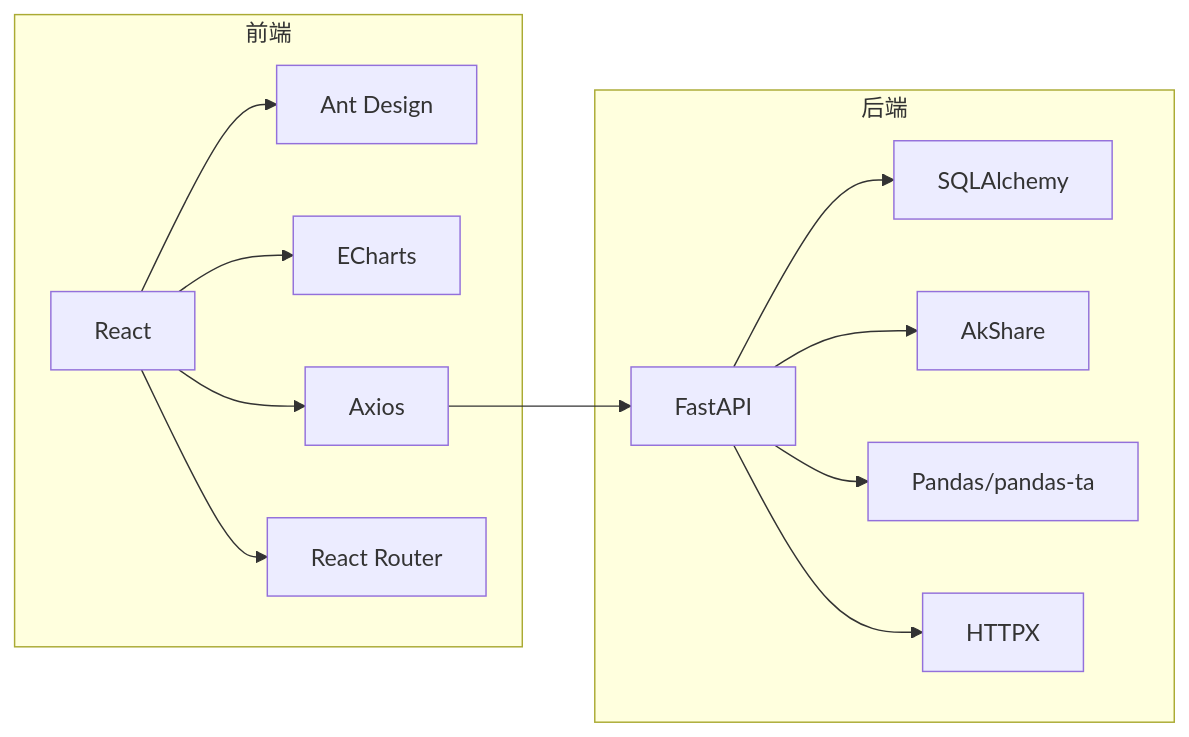
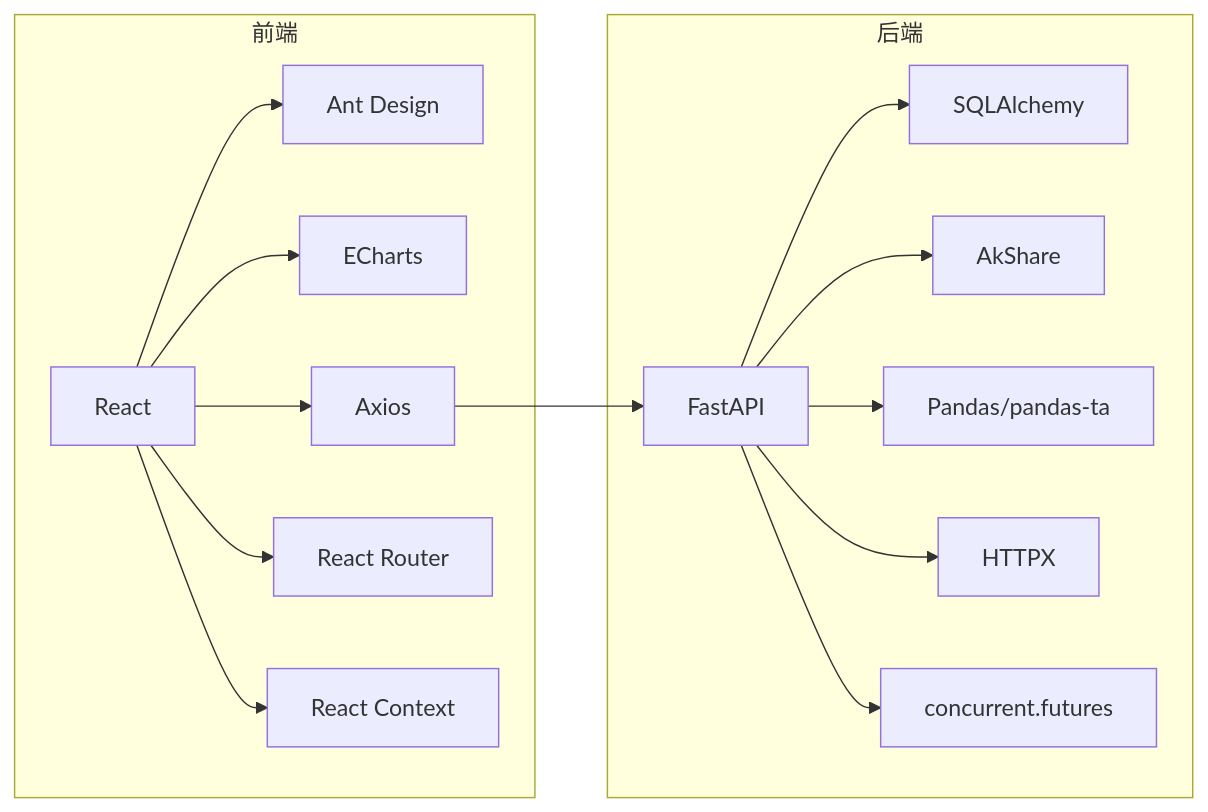
Before and after one commit to Moruime/stock_foker: the seventh of 7 diagrams in .qoder/repowiki/zh/content/部署运维/性能优化.md, drawn with Mermaid. The commit also changed other lines of this file and 22 other files, not shown here.

````diff
--- a/.qoder/repowiki/zh/content/部署运维/性能优化.md
+++ b/.qoder/repowiki/zh/content/部署运维/性能优化.md
@@ -273,26 +400,30 @@
 ```mermaid
 graph LR
 subgraph "后端"
 FA["FastAPI"]
 SA["SQLAlchemy"]
 AK["AkShare"]
 PD["Pandas/pandas-ta"]
 HT["HTTPX"]
+CF["concurrent.futures"]
 end
 subgraph "前端"
 RE["React"]
 AN["Ant Design"]
 EC["ECharts"]
 AX["Axios"]
 DR["React Router"]
+RC["React Context"]
 end
 RE --> AX
 AX --> FA
 FA --> SA
 FA --> AK
 FA --> PD
 FA --> HT
+FA --> CF
 RE --> AN
 RE --> EC
 RE --> DR
+RE --> RC
 ```
````
